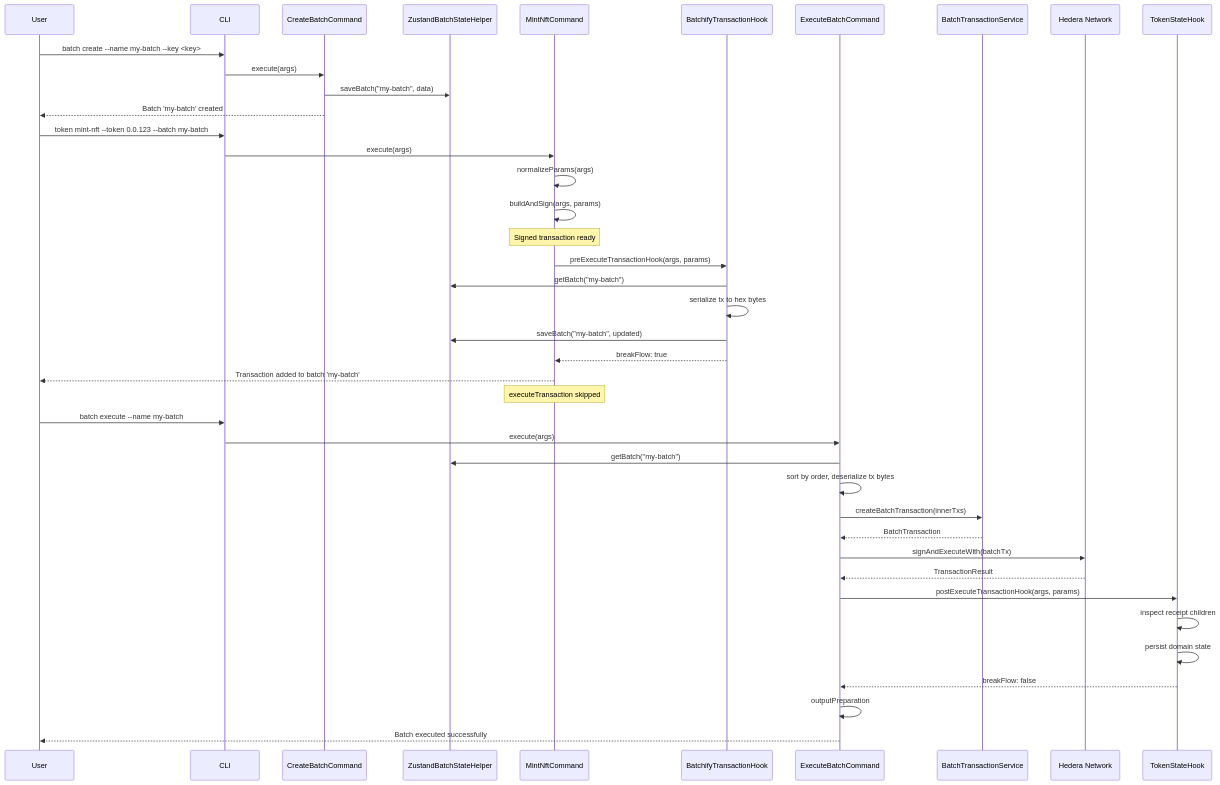
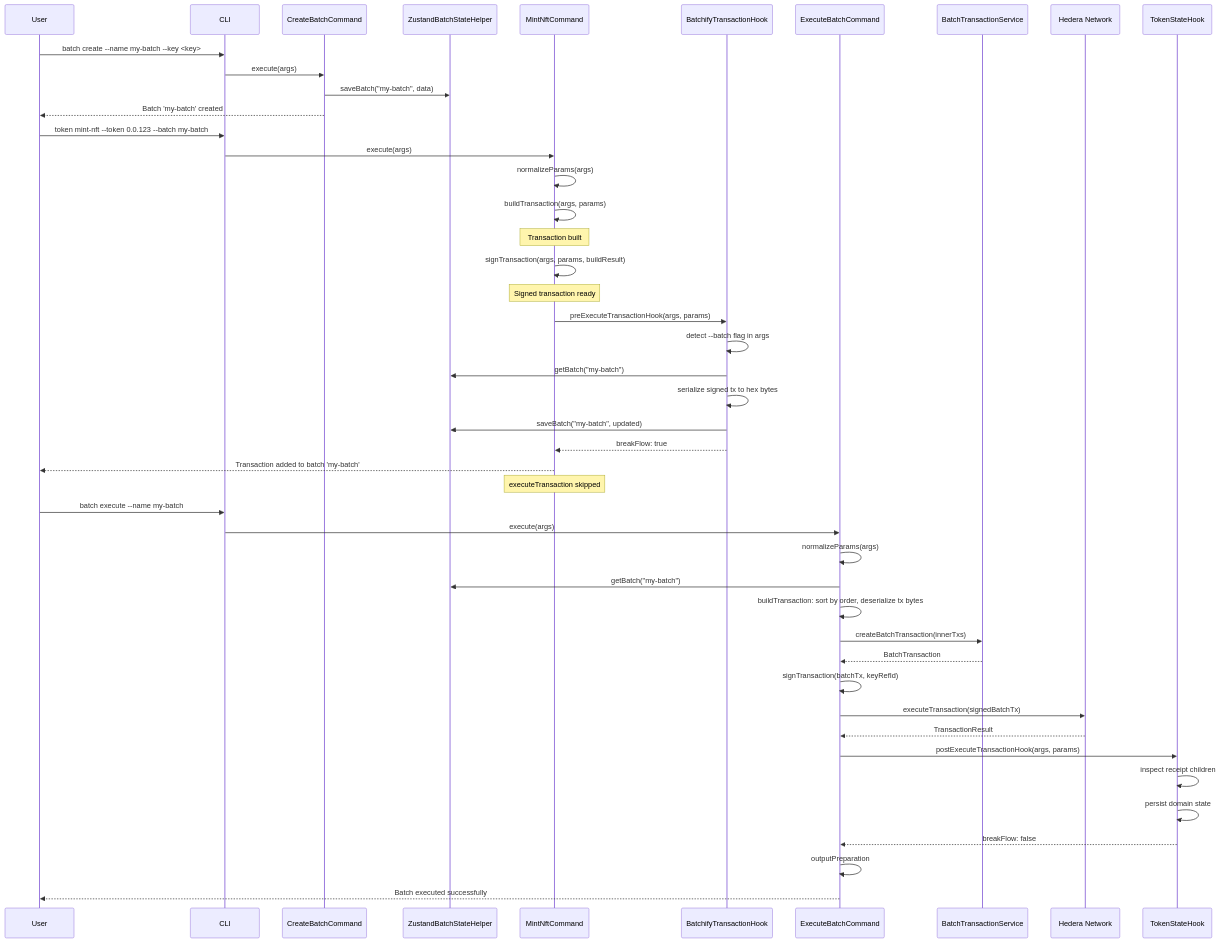
One commit to hiero-ledger/hiero-cli changed the first of 2 diagrams in docs/adr/ADR-010-batch-transaction-plugin.md. Above: the diagram before and after it, drawn with Mermaid. The commit also changed other lines of this file, not shown here.

````diff
--- a/docs/adr/ADR-010-batch-transaction-plugin.md
+++ b/docs/adr/ADR-010-batch-transaction-plugin.md
@@ -380,50 +441,55 @@
 ```mermaid
 sequenceDiagram
     participant User
     participant CLI
     participant CreateBatchCmd as CreateBatchCommand
     participant BatchState as ZustandBatchStateHelper
     participant TokenCmd as MintNftCommand
     participant AddHook as BatchifyTransactionHook
     participant ExecuteCmd as ExecuteBatchCommand
     participant BatchSvc as BatchTransactionService
     participant Network as Hedera Network
     participant DomainHook as TokenStateHook
 
     User->>CLI: batch create --name my-batch --key <key>
     CLI->>CreateBatchCmd: execute(args)
     CreateBatchCmd->>BatchState: saveBatch("my-batch", data)
     CreateBatchCmd-->>User: Batch 'my-batch' created
 
     User->>CLI: token mint-nft --token 0.0.123 --batch my-batch
     CLI->>TokenCmd: execute(args)
     TokenCmd->>TokenCmd: normalizeParams(args)
-    TokenCmd->>TokenCmd: buildAndSign(args, params)
+    TokenCmd->>TokenCmd: buildTransaction(args, params)
+    Note over TokenCmd: Transaction built
+    TokenCmd->>TokenCmd: signTransaction(args, params, buildResult)
     Note over TokenCmd: Signed transaction ready
 
     TokenCmd->>AddHook: preExecuteTransactionHook(args, params)
+    AddHook->>AddHook: detect --batch flag in args
     AddHook->>BatchState: getBatch("my-batch")
-    AddHook->>AddHook: serialize tx to hex bytes
+    AddHook->>AddHook: serialize signed tx to hex bytes
     AddHook->>BatchState: saveBatch("my-batch", updated)
     AddHook-->>TokenCmd: breakFlow: true
     TokenCmd-->>User: Transaction added to batch 'my-batch'
     Note over TokenCmd: executeTransaction skipped
 
     User->>CLI: batch execute --name my-batch
     CLI->>ExecuteCmd: execute(args)
+    ExecuteCmd->>ExecuteCmd: normalizeParams(args)
     ExecuteCmd->>BatchState: getBatch("my-batch")
-    ExecuteCmd->>ExecuteCmd: sort by order, deserialize tx bytes
+    ExecuteCmd->>ExecuteCmd: buildTransaction: sort by order, deserialize tx bytes
     ExecuteCmd->>BatchSvc: createBatchTransaction(innerTxs)
     BatchSvc-->>ExecuteCmd: BatchTransaction
+    ExecuteCmd->>ExecuteCmd: signTransaction(batchTx, keyRefId)
 
-    ExecuteCmd->>Network: signAndExecuteWith(batchTx)
+    ExecuteCmd->>Network: executeTransaction(signedBatchTx)
     Network-->>ExecuteCmd: TransactionResult
 
     ExecuteCmd->>DomainHook: postExecuteTransactionHook(args, params)
     DomainHook->>DomainHook: inspect receipt children
     DomainHook->>DomainHook: persist domain state
     DomainHook-->>ExecuteCmd: breakFlow: false
 
     ExecuteCmd->>ExecuteCmd: outputPreparation
     ExecuteCmd-->>User: Batch executed successfully
 ```
````
